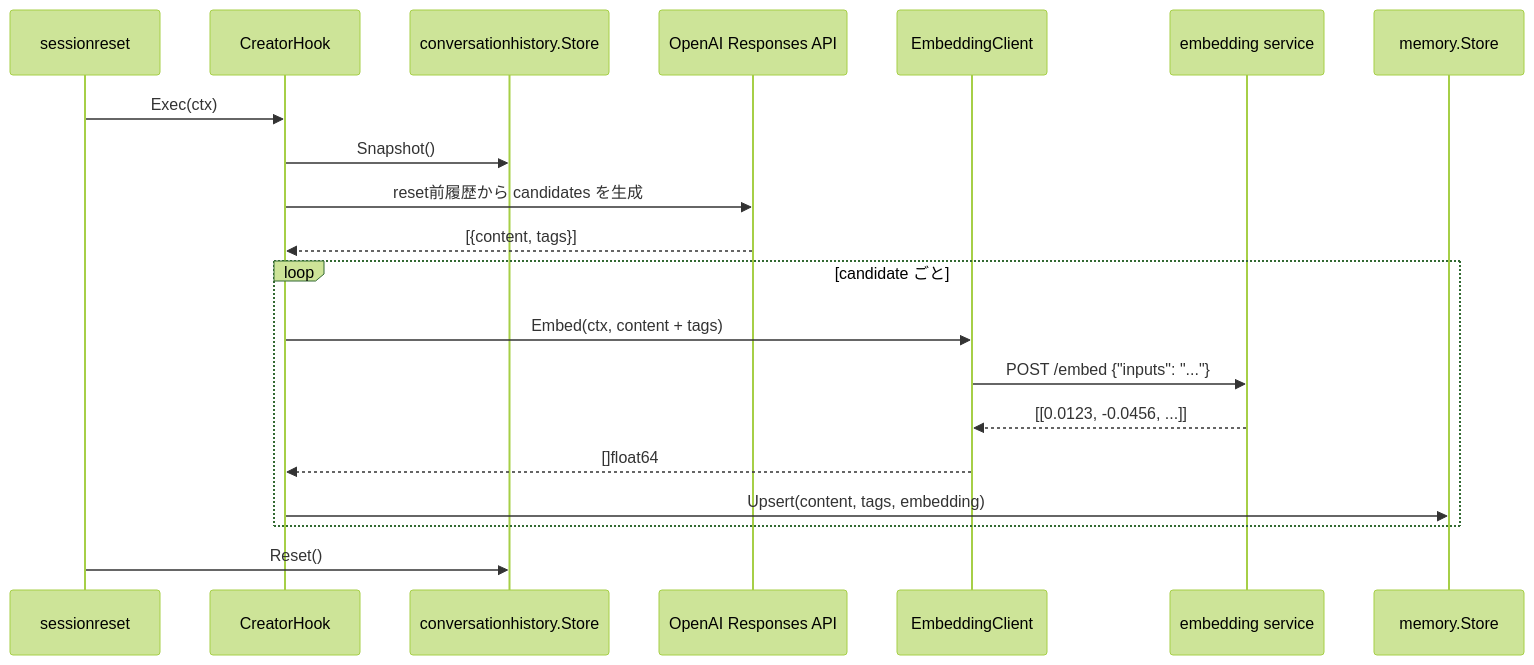
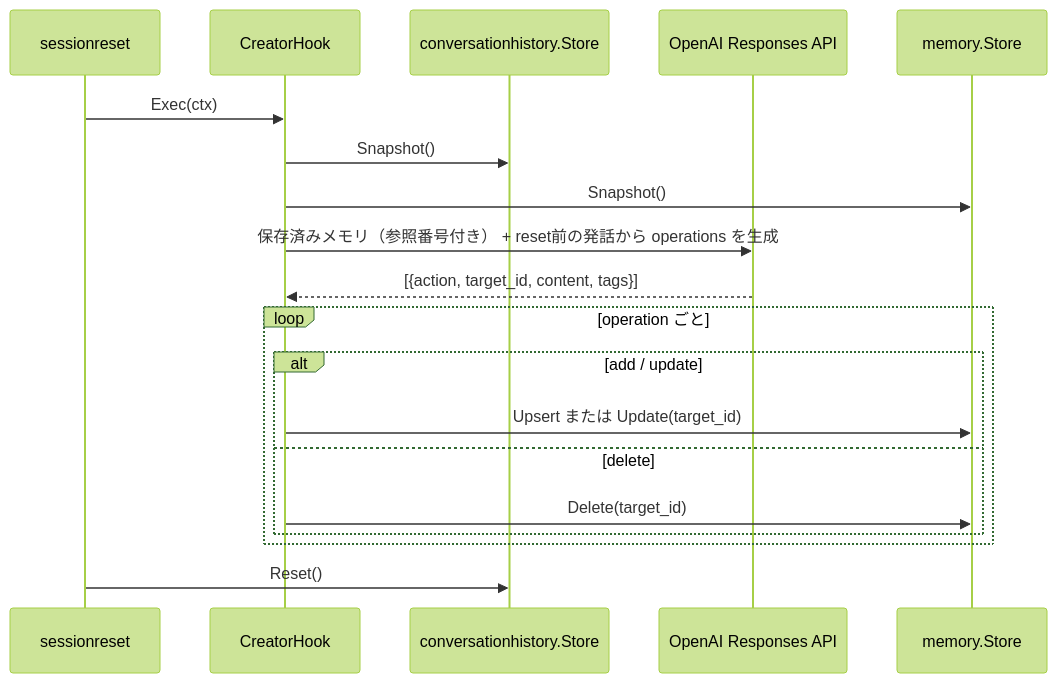
The first of 3 diagrams in docs/hooks/memory.md (tetetratra/smart-speaker), drawn with Mermaid (forest theme) before and after one commit. The commit also changed other lines of this file and 23 other files, not shown here.

````diff
--- a/docs/hooks/memory.md
+++ b/docs/hooks/memory.md
@@ -85,23 +81,22 @@
 ```mermaid
 sequenceDiagram
     participant SR as sessionreset
     participant Hook as CreatorHook
     participant Hist as conversationhistory.Store
     participant OpenAI as OpenAI Responses API
-    participant Client as EmbeddingClient
-    participant TEI as embedding service
     participant Store as memory.Store
 
     SR->>Hook: Exec(ctx)
     Hook->>Hist: Snapshot()
-    Hook->>OpenAI: reset前履歴から candidates を生成
-    OpenAI-->>Hook: [{content, tags}]
-    loop candidate ごと
-        Hook->>Client: Embed(ctx, content + tags)
-        Client->>TEI: POST /embed {"inputs": "..."}
-        TEI-->>Client: [[0.0123, -0.0456, ...]]
-        Client-->>Hook: []float64
-        Hook->>Store: Upsert(content, tags, embedding)
+    Hook->>Store: Snapshot()
+    Hook->>OpenAI: 保存済みメモリ（参照番号付き） + reset前の発話から operations を生成
+    OpenAI-->>Hook: [{action, target_id, content, tags}]
+    loop operation ごと
+        alt add / update
+            Hook->>Store: Upsert または Update(target_id)
+        else delete
+            Hook->>Store: Delete(target_id)
+        end
     end
     SR->>Hist: Reset()
 ```
````
